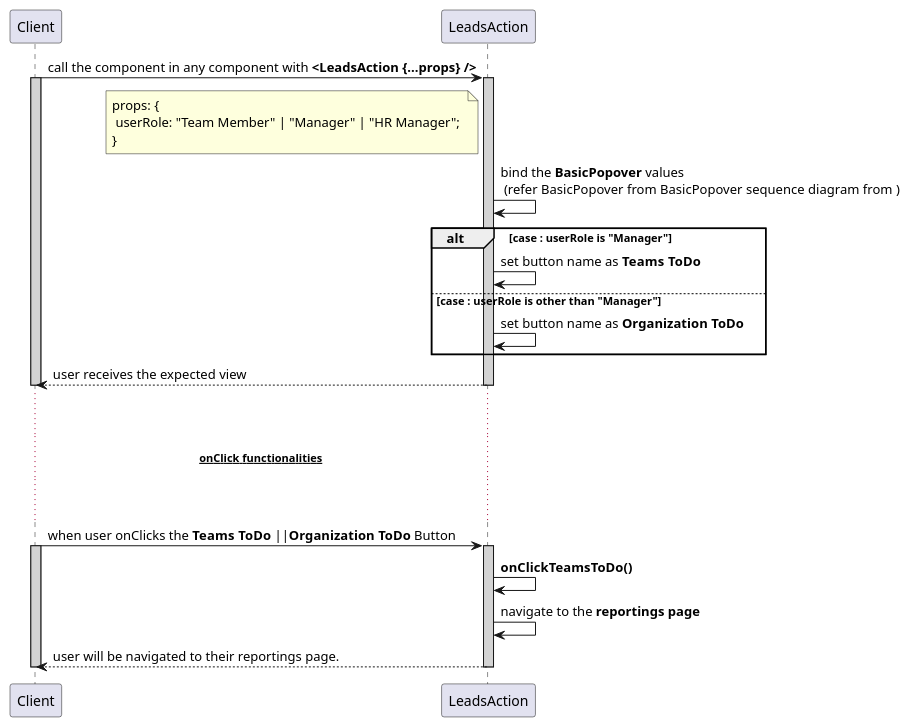
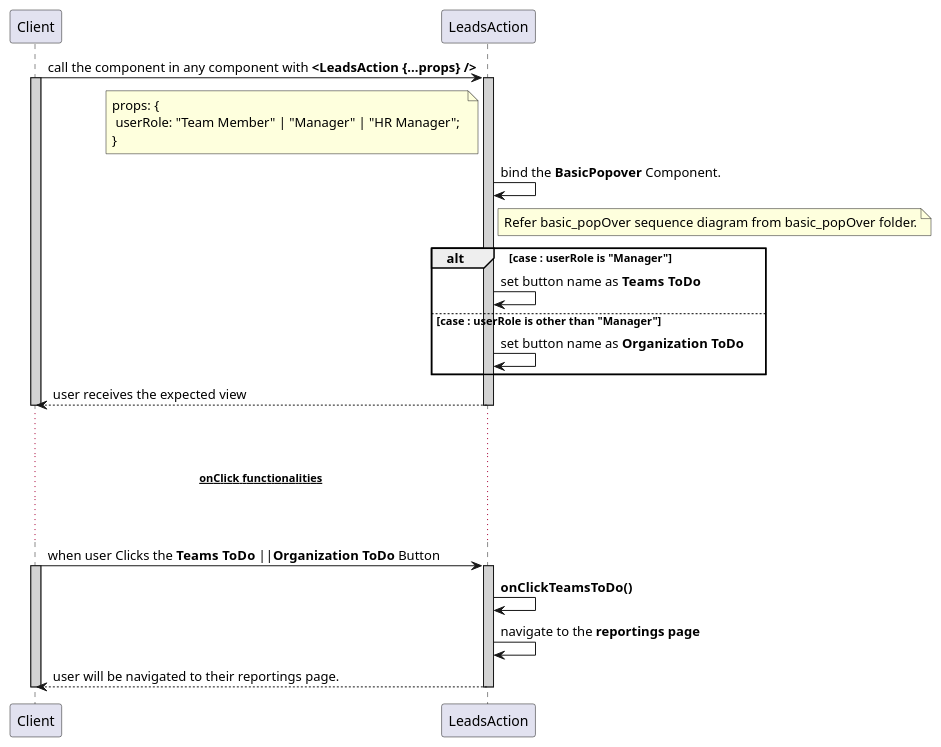
Before and after one commit to avasoft-mobility/workday-design: the diagram in frontend/components/leads_action/leads_action.sequence.puml, drawn with PlantUML. The commit also changed 12 other files, not shown here.

```diff
--- a/frontend/components/leads_action/leads_action.sequence.puml
+++ b/frontend/components/leads_action/leads_action.sequence.puml
@@ -1,32 +1,33 @@
 @startuml leads action
 participant Client
 participant LeadsAction
 
 Client -> LeadsAction : call the component in any component with **<LeadsAction {...props} />**
 activate Client #D3D3D3
     activate LeadsAction #D3D3D3
         note left of LeadsAction : props: {\n userRole: "Team Member" | "Manager" | "HR Manager"; \n}
-        LeadsAction -> LeadsAction : bind the **BasicPopover** values\n (refer BasicPopover from BasicPopover sequence diagram from )
+        LeadsAction -> LeadsAction : bind the **BasicPopover** Component.
+        note right of LeadsAction : Refer basic_popOver sequence diagram from basic_popOver folder.
         alt case : userRole is "Manager"
             LeadsAction -> LeadsAction : set button name as **Teams ToDo**
         else case : userRole is other than "Manager"
             LeadsAction -> LeadsAction : set button name as **Organization ToDo**
         end
         Client <-- LeadsAction : user receives the expected view
     deactivate LeadsAction
 deactivate Client
 
 ... ...
 ...~~**onClick functionalities**~~ ...
 ... ...
 
-Client -> LeadsAction : when user onClicks the **Teams ToDo** ||**Organization ToDo** Button
+Client -> LeadsAction : when user Clicks the **Teams ToDo** ||**Organization ToDo** Button
 activate Client #D3D3D3
     activate LeadsAction #D3D3D3
         LeadsAction -> LeadsAction : **onClickTeamsToDo()**
         LeadsAction -> LeadsAction : navigate to the **reportings page**
         Client <-- LeadsAction : user will be navigated to their reportings page.
     deactivate LeadsAction
 deactivate Client
 
 @enduml
```
